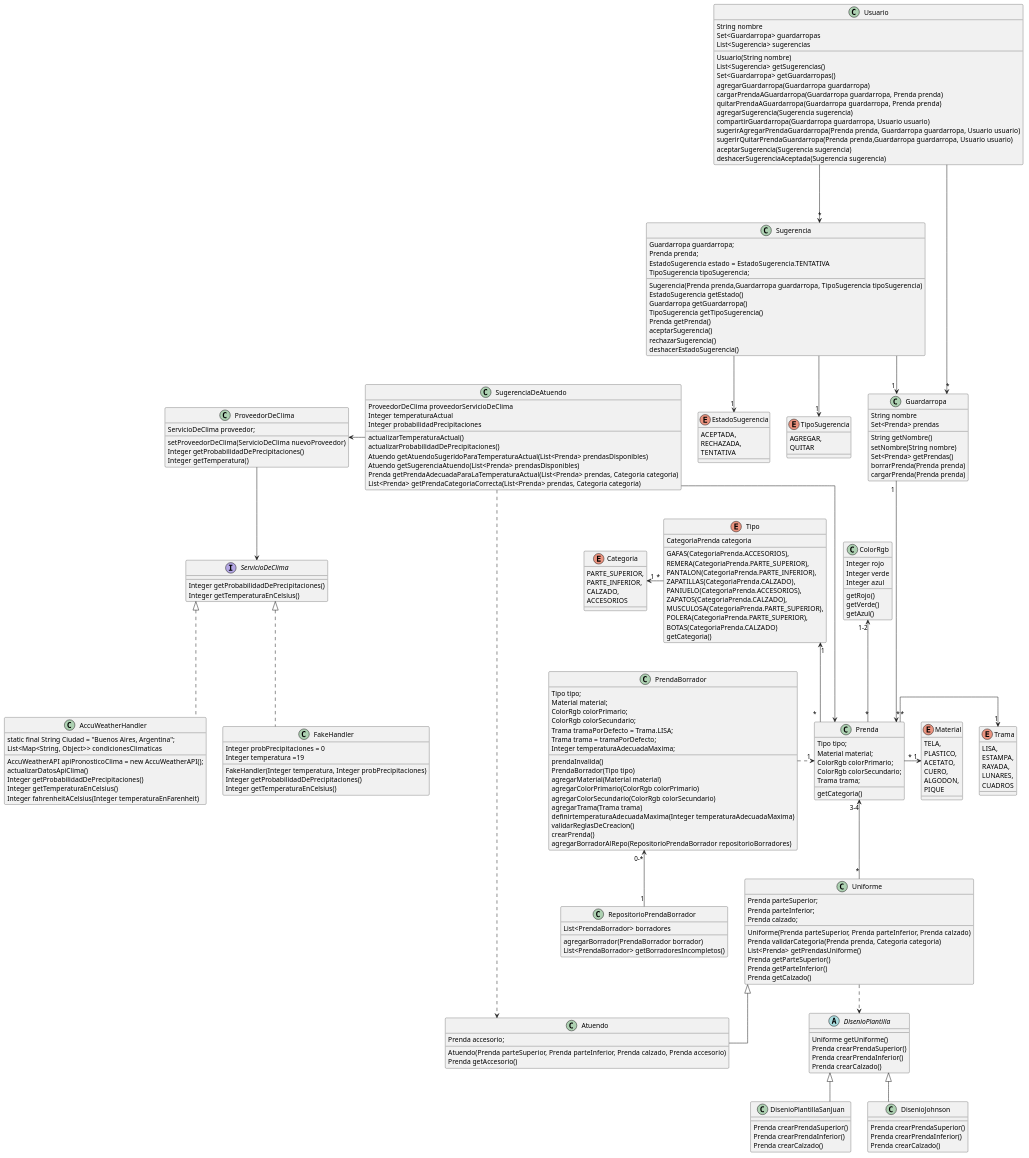
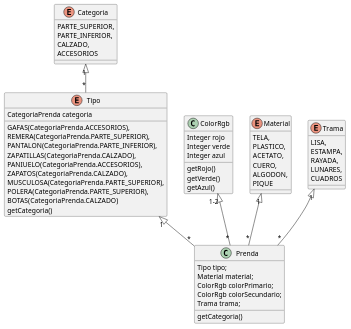
One commit to skrzynieckiUTN/dds2024-qmp changed the diagram in qmp.puml. Above: the diagram before and after it, drawn with PlantUML. The commit also changed 2 other files, not shown here.

Commit message:
Agrego diagrama UML iteracion1

```diff
--- a/qmp.puml
+++ b/qmp.puml
@@ -1,25 +1,11 @@
 @startuml
 'https://plantuml.com/class-diagram
 
-Categoria "1"<-"*" Tipo
-Tipo "1"<--"*" Prenda
-ColorRgb "1-2"<--"*" Prenda
-Material "1"<-left-"*" Prenda
-Trama "1"<-left-"*" Prenda
-PrendaBorrador "0-*"<--"1" RepositorioPrendaBorrador
-PrendaBorrador ...right...>"1" Prenda
-Uniforme ..> DisenioPlantilla
-Uniforme "*"-up->"3-4" Prenda
-SugerenciaDeAtuendo ..> Atuendo
-SugerenciaDeAtuendo ---> Prenda
-ProveedorDeClima --> ServicioDeClima
-SugerenciaDeAtuendo -left-> ProveedorDeClima
-Sugerencia -->"1" TipoSugerencia
-Sugerencia -->"1" EstadoSugerencia
-Sugerencia -->"1" Guardarropa
-Guardarropa "1"--->"*" Prenda
-Usuario --->"*" Guardarropa
-Usuario --->"*" Sugerencia
+Categoria "1"<|--"*" Tipo
+Tipo "1"<|--"*" Prenda
+ColorRgb "1-2"<|--"*" Prenda
+Material "1"<|--"*" Prenda
+Trama "1"<|--"*" Prenda
 
 class Prenda {
   Tipo tipo;
@@ -78,168 +64,5 @@
   getAzul()
 }
 
-class PrendaBorrador {
-  Tipo tipo;
-  Material material;
-  ColorRgb colorPrimario;
-  ColorRgb colorSecundario;
-  Trama tramaPorDefecto = Trama.LISA;
-  Trama trama = tramaPorDefecto;
-  Integer temperaturaAdecuadaMaxima;
-  prendaInvalida()
-  PrendaBorrador(Tipo tipo)
-  agregarMaterial(Material material)
-  agregarColorPrimario(ColorRgb colorPrimario)
-  agregarColorSecundario(ColorRgb colorSecundario)
-  agregarTrama(Trama trama)
-  definirtemperaturaAdecuadaMaxima(Integer temperaturaAdecuadaMaxima)
-  validarReglasDeCreacion()
-  crearPrenda()
-  agregarBorradorAlRepo(RepositorioPrendaBorrador repositorioBorradores)
-}
 
-class RepositorioPrendaBorrador {
-  List<PrendaBorrador> borradores
-  agregarBorrador(PrendaBorrador borrador)
-  List<PrendaBorrador> getBorradoresIncompletos()
-}
-
-class Uniforme {
-  Prenda parteSuperior;
-  Prenda parteInferior;
-  Prenda calzado;
-
-  Uniforme(Prenda parteSuperior, Prenda parteInferior, Prenda calzado)
-  Prenda validarCategoria(Prenda prenda, Categoria categoria)
-  List<Prenda> getPrendasUniforme()
-  Prenda getParteSuperior()
-  Prenda getParteInferior()
-  Prenda getCalzado()
-}
-
-class Atuendo extends Uniforme {
-  Prenda accesorio;
-  Atuendo(Prenda parteSuperior, Prenda parteInferior, Prenda calzado, Prenda accesorio)
-  Prenda getAccesorio()
-}
-
-class DisenioPlantillaSanJuan extends DisenioPlantilla {
-  Prenda crearPrendaSuperior()
-  Prenda crearPrendaInferior()
-  Prenda crearCalzado()
-}
-
-class DisenioJohnson extends DisenioPlantilla {
-  Prenda crearPrendaSuperior()
-  Prenda crearPrendaInferior()
-  Prenda crearCalzado()
-}
-
-abstract  class DisenioPlantilla {
-  Uniforme getUniforme()
-  Prenda crearPrendaSuperior()
-  Prenda crearPrendaInferior()
-  Prenda crearCalzado()
-}
-
-class SugerenciaDeAtuendo {
-  ProveedorDeClima proveedorServicioDeClima
-  Integer temperaturaActual
-  Integer probabilidadPrecipitaciones
-  actualizarTemperaturaActual()
-  actualizarProbabilidadDePrecipitaciones()
-  Atuendo getAtuendoSugeridoParaTemperaturaActual(List<Prenda> prendasDisponibles)
-  Atuendo getSugerenciaAtuendo(List<Prenda> prendasDisponibles)
-  Prenda getPrendaAdecuadaParaLaTemperaturaActual(List<Prenda> prendas, Categoria categoria)
-  List<Prenda> getPrendaCategoriaCorrecta(List<Prenda> prendas, Categoria categoria)
-}
-
-interface ServicioDeClima {
-  Integer getProbabilidadDePrecipitaciones()
-  Integer getTemperaturaEnCelsius()
-}
-
-class FakeHandler implements ServicioDeClima {
-  Integer probPrecipitaciones = 0
-  Integer temperatura =19
-
- FakeHandler(Integer temperatura, Integer probPrecipitaciones)
-  Integer getProbabilidadDePrecipitaciones()
-  Integer getTemperaturaEnCelsius()
-}
-
-class AccuWeatherHandler implements ServicioDeClima {
-  static final String Ciudad = "Buenos Aires, Argentina";
-  AccuWeatherAPI apiPronosticoClima = new AccuWeatherAPI();
-  List<Map<String, Object>> condicionesClimaticas
-  actualizarDatosApiClima()
-  Integer getProbabilidadDePrecipitaciones()
-  Integer getTemperaturaEnCelsius()
-  Integer fahrenheitACelsius(Integer temperaturaEnFarenheit)
-}
-
-class ProveedorDeClima {
-  ServicioDeClima proveedor;
-  setProveedorDeClima(ServicioDeClima nuevoProveedor)
-  Integer getProbabilidadDePrecipitaciones()
-  Integer getTemperatura()
-}
-
-enum EstadoSugerencia {
-  ACEPTADA,
-  RECHAZADA,
-  TENTATIVA
-}
-
-enum TipoSugerencia {
-  AGREGAR,
-  QUITAR
-}
-
-class Guardarropa {
-  String nombre
-  Set<Prenda> prendas
-  String getNombre()
-  setNombre(String nombre)
-  Set<Prenda> getPrendas()
-  borrarPrenda(Prenda prenda)
-  cargarPrenda(Prenda prenda)
-}
-
-class Sugerencia {
-  Guardarropa guardarropa;
-  Prenda prenda;
-  EstadoSugerencia estado = EstadoSugerencia.TENTATIVA
-  TipoSugerencia tipoSugerencia;
-  Sugerencia(Prenda prenda,Guardarropa guardarropa, TipoSugerencia tipoSugerencia)
-  EstadoSugerencia getEstado()
-  Guardarropa getGuardarropa()
-  TipoSugerencia getTipoSugerencia()
-  Prenda getPrenda()
-  aceptarSugerencia()
-  rechazarSugerencia()
-  deshacerEstadoSugerencia()
-
-}
-
-class Usuario {
-  String nombre
-  Set<Guardarropa> guardarropas
-  List<Sugerencia> sugerencias
-  Usuario(String nombre)
-  List<Sugerencia> getSugerencias()
-  Set<Guardarropa> getGuardarropas()
-  agregarGuardarropa(Guardarropa guardarropa)
-  cargarPrendaAGuardarropa(Guardarropa guardarropa, Prenda prenda)
-  quitarPrendaAGuardarropa(Guardarropa guardarropa, Prenda prenda)
-  agregarSugerencia(Sugerencia sugerencia)
-  compartirGuardarropa(Guardarropa guardarropa, Usuario usuario)
-  sugerirAgregarPrendaGuardarropa(Prenda prenda, Guardarropa guardarropa, Usuario usuario)
-  sugerirQuitarPrendaGuardarropa(Prenda prenda,Guardarropa guardarropa, Usuario usuario)
-  aceptarSugerencia(Sugerencia sugerencia)
-  deshacerSugerenciaAceptada(Sugerencia sugerencia)
-}
-
-skinparam linetype polyline
-skinparam linetype ortho
 @enduml
```
